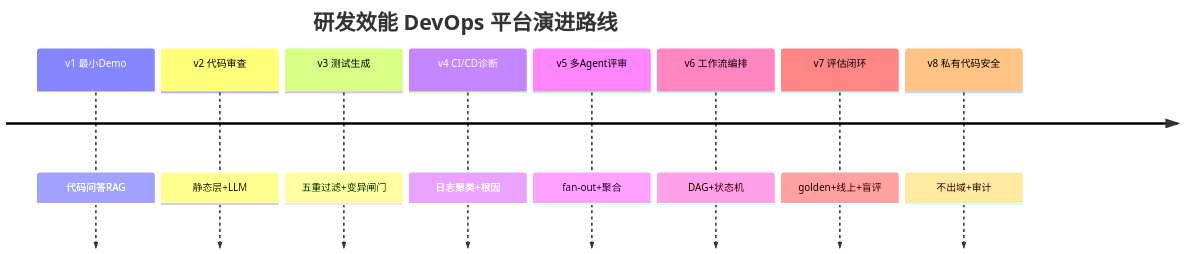
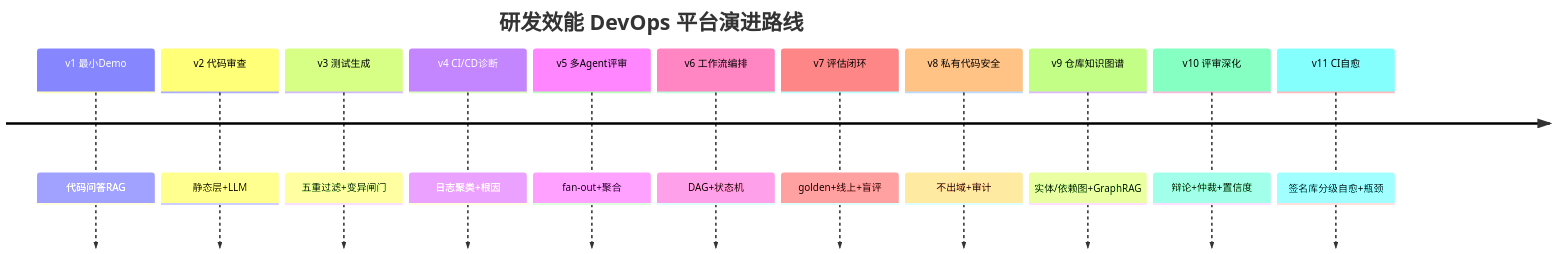
Before and after one commit to UranusGit/java-agent-learn: the first of 2 diagrams in docs/项目/12-研发效能DevOps平台/00-需求分析与架构设计.md, drawn with Mermaid. The commit also changed other lines of this file and 114 other files, not shown here.

````diff
--- a/docs/项目/12-研发效能DevOps平台/00-需求分析与架构设计.md
+++ b/docs/项目/12-研发效能DevOps平台/00-需求分析与架构设计.md
@@ -43,12 +61,15 @@
 ```mermaid
 timeline
     title 研发效能 DevOps 平台演进路线
     v1 最小Demo : 代码问答RAG
     v2 代码审查 : 静态层+LLM
     v3 测试生成 : 五重过滤+变异闸门
     v4 CI/CD诊断 : 日志聚类+根因
     v5 多Agent评审 : fan-out+聚合
     v6 工作流编排 : DAG+状态机
     v7 评估闭环 : golden+线上+盲评
     v8 私有代码安全 : 不出域+审计
+    v9 仓库知识图谱 : 实体/依赖图+GraphRAG
+    v10 评审深化 : 辩论+仲裁+置信度
+    v11 CI自愈 : 签名库分级自愈+瓶颈
 ```
````
